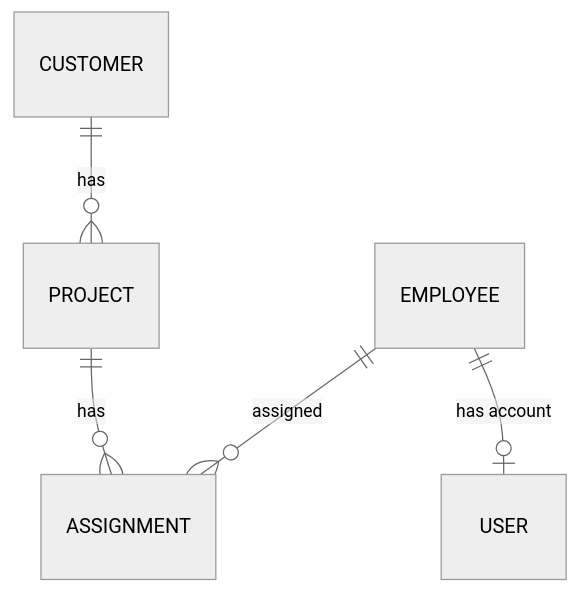
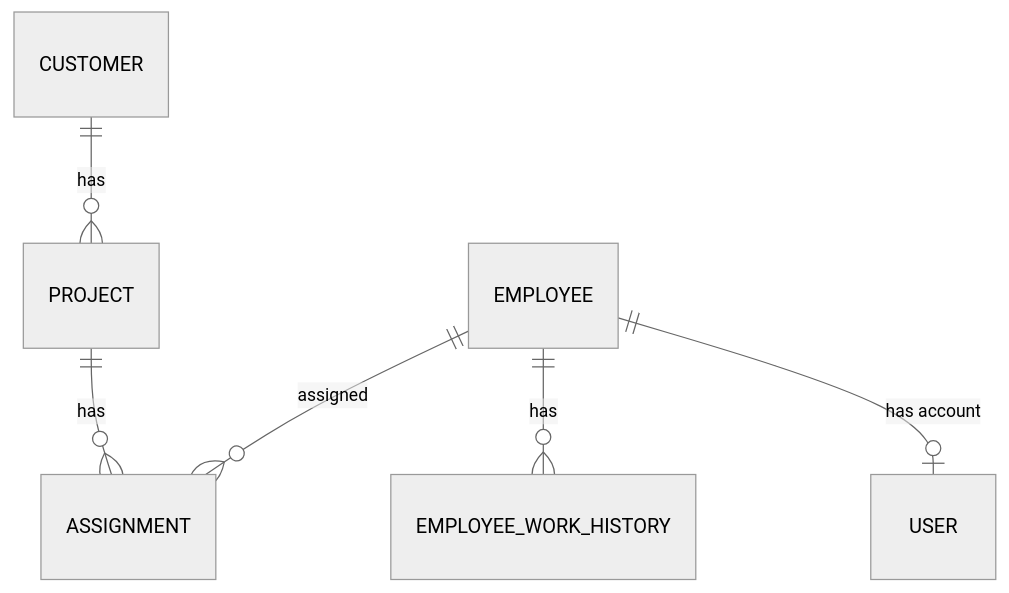
The diagram in README.md (sisisa/java-business-management-system), drawn with Mermaid (neutral theme) before and after one commit. The commit also changed other lines of this file, not shown here.

````diff
--- a/README.md
+++ b/README.md
@@ -807,7 +807,8 @@
 ```mermaid
 erDiagram
     CUSTOMER ||--o{ PROJECT : "has"
     PROJECT ||--o{ ASSIGNMENT : "has"
     EMPLOYEE ||--o{ ASSIGNMENT : "assigned"
+    EMPLOYEE ||--o{ EMPLOYEE_WORK_HISTORY : "has"
     EMPLOYEE ||--o| USER : "has account"
 ```
````
